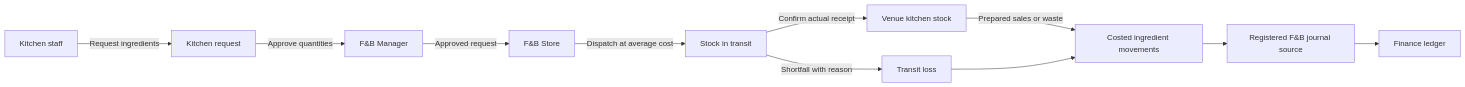
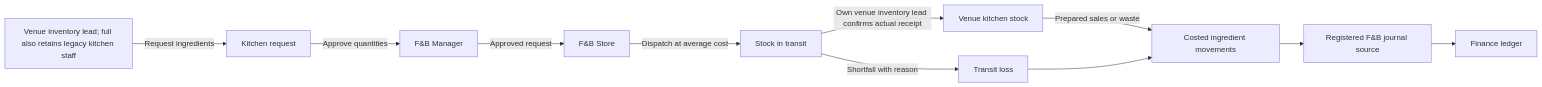
Before and after one commit to Baqir-Hassan/ims: the first of 2 diagrams in docs/FNB_INVENTORY_FLOW.md, drawn with Mermaid. The commit also changed other lines of this file and 7 other files, not shown here.

````diff
--- a/docs/FNB_INVENTORY_FLOW.md
+++ b/docs/FNB_INVENTORY_FLOW.md
@@ -3,13 +3,13 @@
 ```mermaid
 flowchart LR
-    Kitchen[Kitchen staff] -->|Request ingredients| Request[Kitchen request]
+    Kitchen[Venue inventory lead; full also retains legacy kitchen staff] -->|Request ingredients| Request[Kitchen request]
     Request -->|Approve quantities| Manager[F&B Manager]
     Manager -->|Approved request| Store[F&B Store]
     Store -->|Dispatch at average cost| Transit[Stock in transit]
-    Transit -->|Confirm actual receipt| KitchenStock[Venue kitchen stock]
+    Transit -->|Own venue inventory lead confirms actual receipt| KitchenStock[Venue kitchen stock]
     Transit -->|Shortfall with reason| Loss[Transit loss]
     KitchenStock -->|Prepared sales or waste| Movement[Costed ingredient movements]
     Loss --> Movement
     Movement --> GL[Registered F&B journal source]
     GL --> Ledger[Finance ledger]
 ```
````
